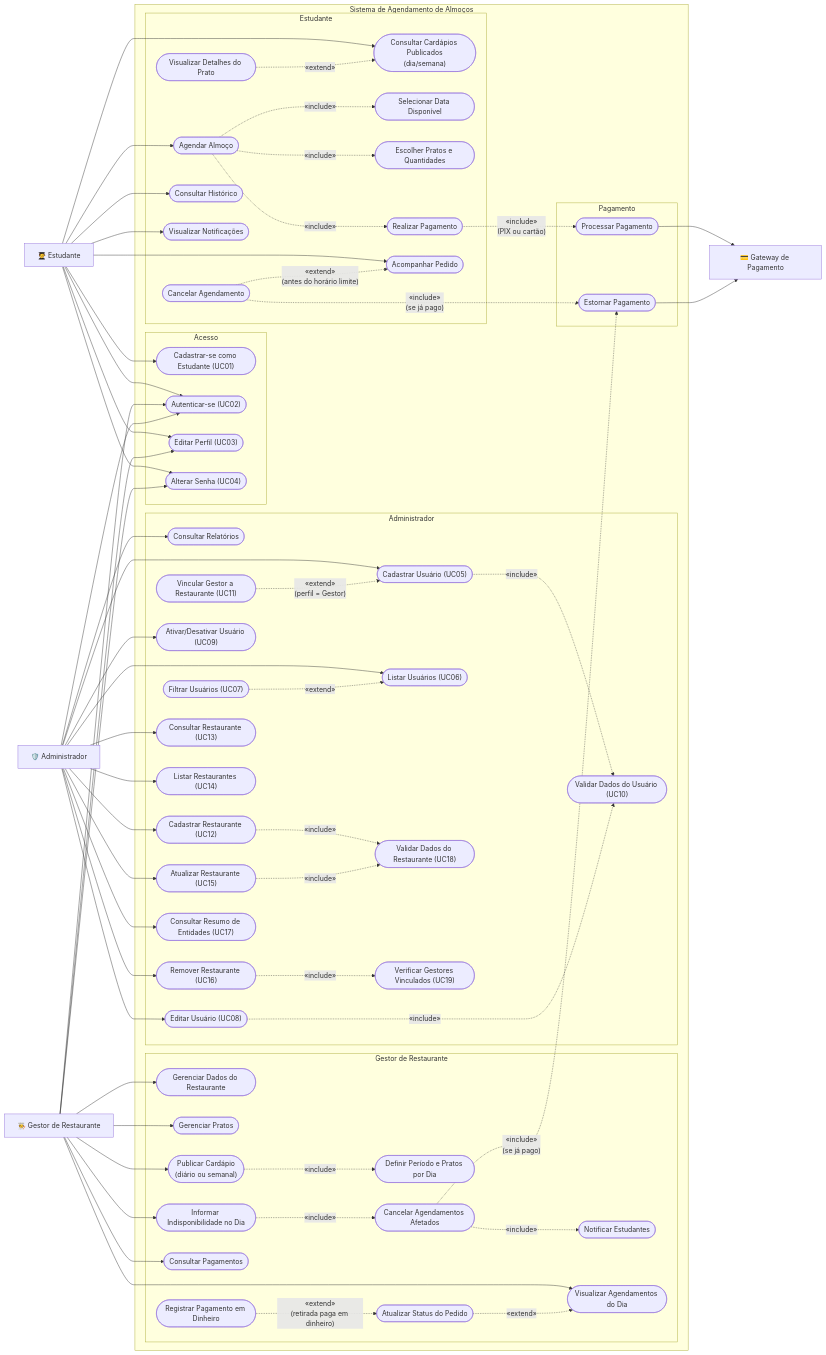
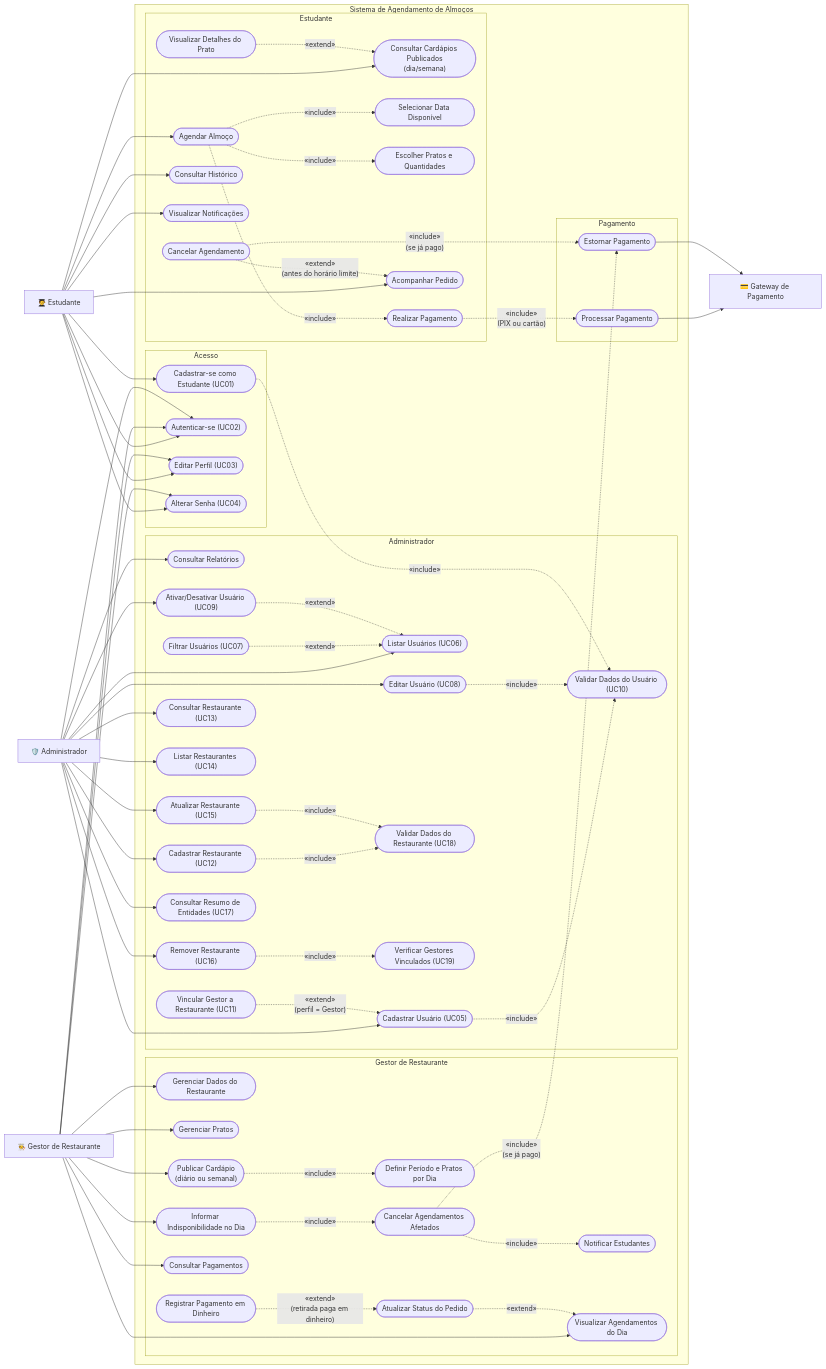
Before and after one commit to henriquesantos007/Sistema-de-Agendamento-de-Almoco: the third of 3 diagrams in docs/04-casos-de-uso/README.md, drawn with Mermaid. The commit also changed other lines of this file and 1 other file, not shown here.

```diff
--- a/docs/04-casos-de-uso/README.md
+++ b/docs/04-casos-de-uso/README.md
@@ -249,7 +252,9 @@
     UC_CadastrarUsuario -. "«include»" .-> UC_ValidarUsuario
     UC_EditarUsuario -. "«include»" .-> UC_ValidarUsuario
     UC_FiltrarUsuarios -. "«extend»" .-> UC_ListarUsuarios
+    UC_AtivarDesativar -. "«extend»" .-> UC_ListarUsuarios
     UC_VincularGestor -. "«extend»<br/>(perfil = Gestor)" .-> UC_CadastrarUsuario
+    UC_Cadastro -. "«include»" .-> UC_ValidarUsuario
     UC12 -. "«include»" .-> UC18
     UC15 -. "«include»" .-> UC18
     UC16 -. "«include»" .-> UC19
```
